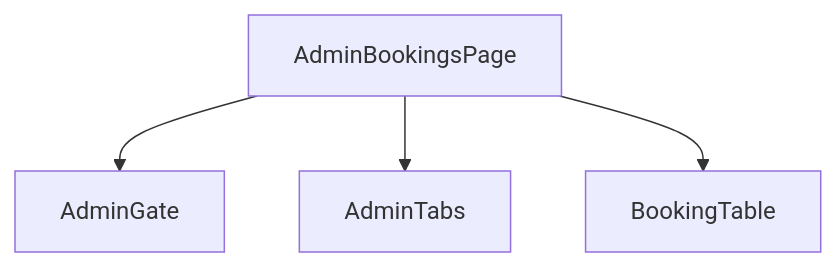
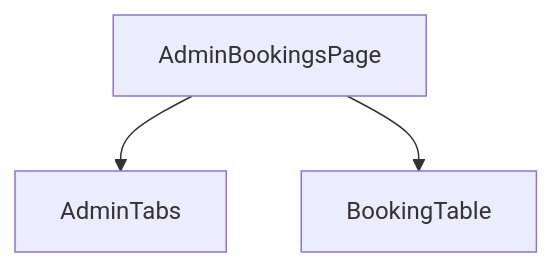
The tenth of 10 diagrams in source/_posts/lokiTech-15day-12-project-travel.md (summer10920/summer10920.github.io), drawn with Mermaid before and after one commit. The commit also changed other lines of this file and 3 other files, not shown here.

```diff
--- a/source/_posts/lokiTech-15day-12-project-travel.md
+++ b/source/_posts/lokiTech-15day-12-project-travel.md
@@ -4296,5 +5206,4 @@
 {% mermaid graph TD %}
-  page["AdminBookingsPage"] --> gate["AdminGate"]
-  page --> tabs["AdminTabs"]
+  page["AdminBookingsPage"] --> tabs["AdminTabs"]
   page --> table["BookingTable"]
 {% endmermaid %}
```
